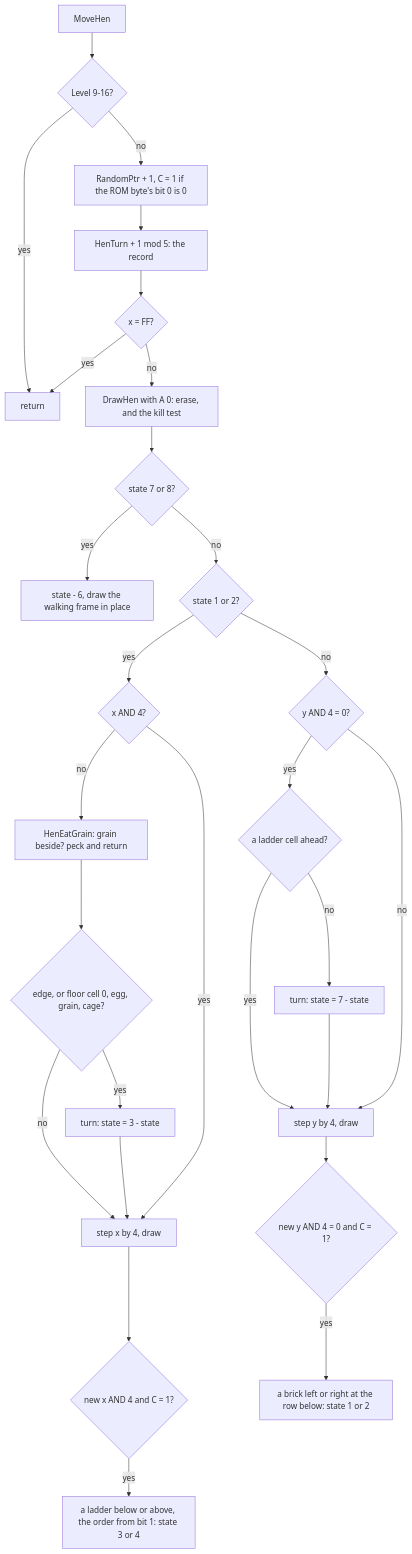
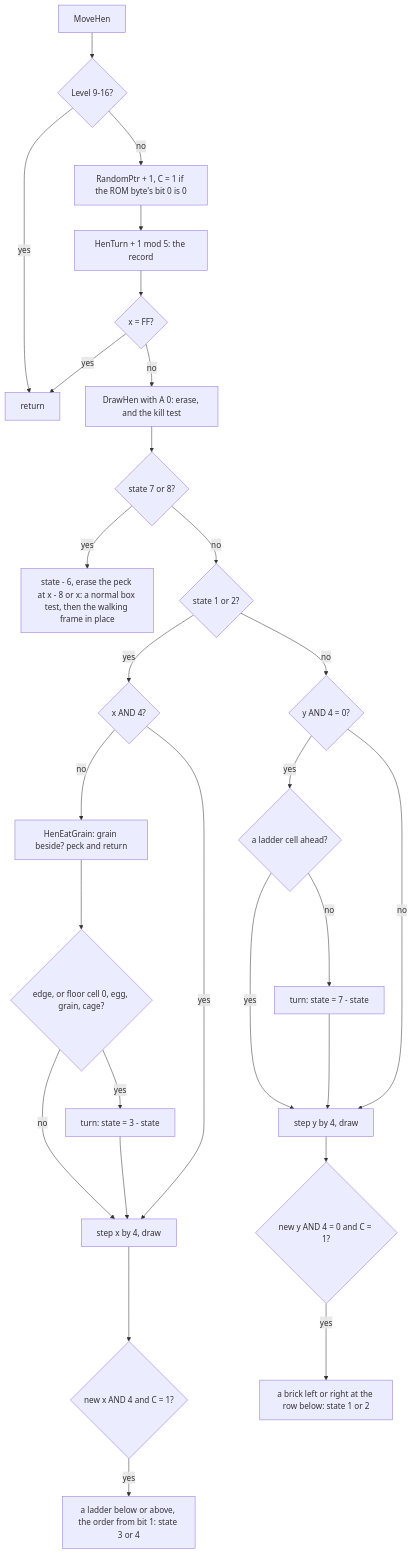
One commit to alfishe/unrealng-reverse-cases changed the second of 9 diagrams in games/chuckie-egg/docs/07-objects.md. Above: the diagram before and after it, drawn with Mermaid. The commit also changed other lines of this file and 49 other files, not shown here.

````diff
--- a/games/chuckie-egg/docs/07-objects.md
+++ b/games/chuckie-egg/docs/07-objects.md
@@ -209,30 +212,30 @@
 ```mermaid
 flowchart TD
     A[MoveHen] --> L{Level 9-16?}
     L -- yes --> R0[return]
     L -- no --> B[RandomPtr + 1, C = 1 if the ROM byte's bit 0 is 0]
     B --> C[HenTurn + 1 mod 5: the record]
     C --> D{x = FF?}
     D -- yes --> R0
     D -- no --> E[DrawHen with A 0: erase, and the kill test]
     E --> F{state 7 or 8?}
-    F -- yes --> P[state - 6, draw the walking frame in place]
+    F -- yes --> P[state - 6, erase the peck at x - 8 or x: a normal box test, then the walking frame in place]
     F -- no --> W{state 1 or 2?}
     W -- yes --> X{x AND 4?}
     X -- no --> G[HenEatGrain: grain beside? peck and return]
     G --> H{edge, or floor cell 0, egg, grain, cage?}
     H -- yes --> T[turn: state = 3 - state]
     H -- no --> S[step x by 4, draw]
     T --> S
     X -- yes --> S
     S --> K{new x AND 4 and C = 1?}
     K -- yes --> LD[a ladder below or above, the order from bit 1: state 3 or 4]
     W -- no --> CL{y AND 4 = 0?}
     CL -- yes --> CT{a ladder cell ahead?}
     CT -- no --> CR[turn: state = 7 - state]
     CT -- yes --> CS
     CR --> CS[step y by 4, draw]
     CL -- no --> CS
     CS --> CO{new y AND 4 = 0 and C = 1?}
     CO -- yes --> OFF[a brick left or right at the row below: state 1 or 2]
 ```
````
